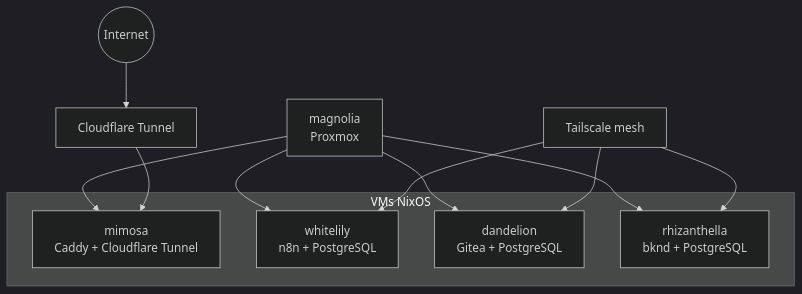
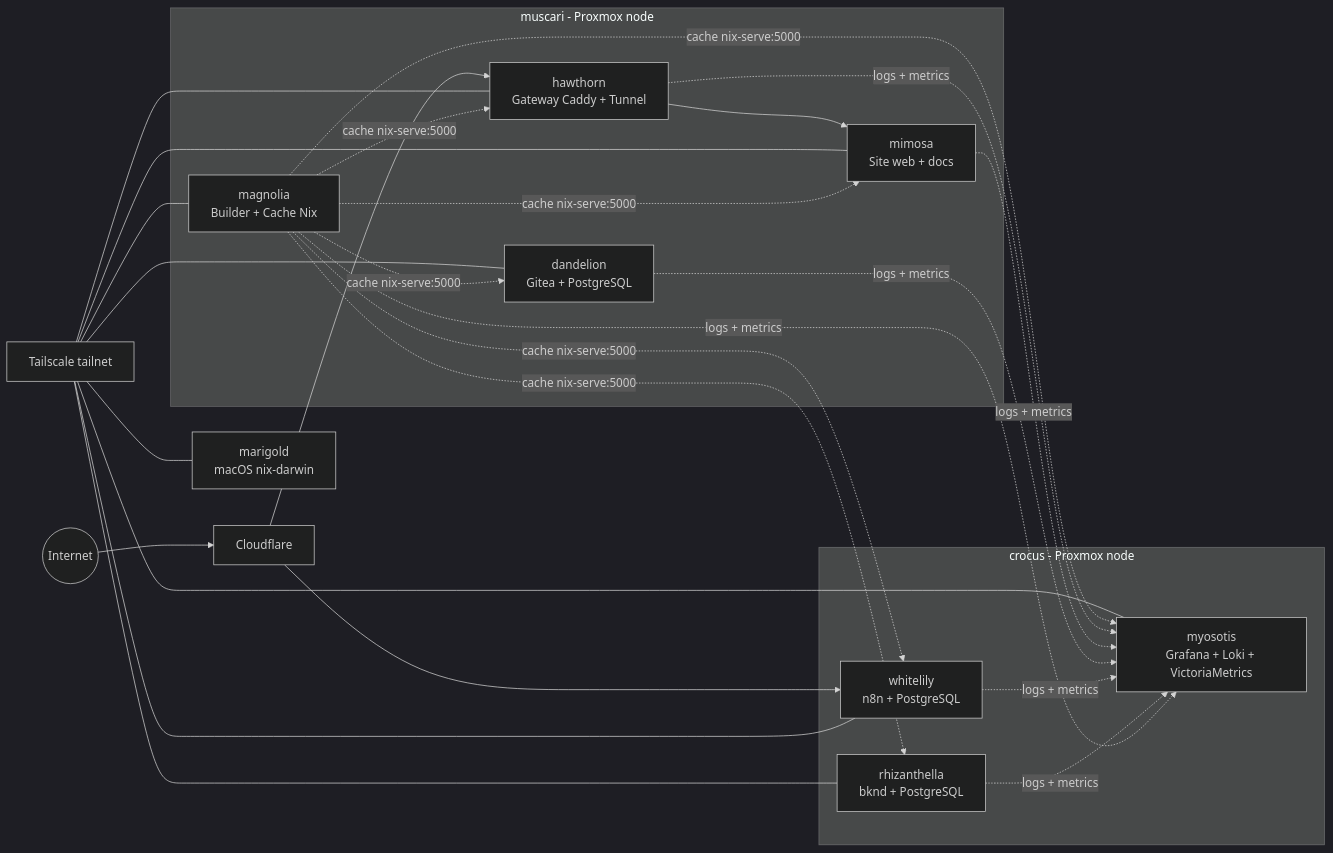
The diagram in README.md (JeremieAlcaraz/nix-config), drawn with Mermaid (dark theme) before and after one commit. The commit also changed other lines of this file, not shown here.

Commit message:
docs(readme): update infrastructure hosts and mermaid architecture

````diff
--- a/README.md
+++ b/README.md
@@ -21,25 +26,49 @@
 ```mermaid
-flowchart TD
+flowchart LR
     Internet((Internet))
-    Proxmox["magnolia<br/>Proxmox"]
+    Cloudflare["Cloudflare"]
+    Tailnet["Tailscale tailnet"]
 
-    subgraph VMs["VMs NixOS"]
-        Mimosa["mimosa<br/>Caddy + Cloudflare Tunnel"]
-        WhiteLily["whitelily<br/>n8n + PostgreSQL"]
+    subgraph MUSCARI["muscari - Proxmox node"]
+        Magnolia["magnolia<br/>Builder + Cache Nix"]
+        Hawthorn["hawthorn<br/>Gateway Caddy + Tunnel"]
+        Mimosa["mimosa<br/>Site web + docs"]
         Dandelion["dandelion<br/>Gitea + PostgreSQL"]
-        Rhizanthella["rhizanthella<br/>bknd + PostgreSQL"]
     end
 
-    Tailscale["Tailscale mesh"]
-    Cloudflare["Cloudflare Tunnel"]
+    subgraph CROCUS["crocus - Proxmox node"]
+        WhiteLily["whitelily<br/>n8n + PostgreSQL"]
+        Rhizanthella["rhizanthella<br/>bknd + PostgreSQL"]
+        Myosotis["myosotis<br/>Grafana + Loki + VictoriaMetrics"]
+    end
 
-    Proxmox --> Mimosa
-    Proxmox --> WhiteLily
-    Proxmox --> Dandelion
-    Proxmox --> Rhizanthella
+    Marigold["marigold<br/>macOS nix-darwin"]
 
-    Internet --> Cloudflare --> Mimosa
-    Tailscale --> WhiteLily
-    Tailscale --> Dandelion
-    Tailscale --> Rhizanthella
+    Internet --> Cloudflare
+    Cloudflare --> Hawthorn
+    Hawthorn --> Mimosa
+    Cloudflare --> WhiteLily
+
+    Tailnet --- Magnolia
+    Tailnet --- Hawthorn
+    Tailnet --- Mimosa
+    Tailnet --- Dandelion
+    Tailnet --- WhiteLily
+    Tailnet --- Rhizanthella
+    Tailnet --- Myosotis
+    Tailnet --- Marigold
+
+    Magnolia -. "cache nix-serve:5000" .-> Hawthorn
+    Magnolia -. "cache nix-serve:5000" .-> Mimosa
+    Magnolia -. "cache nix-serve:5000" .-> Dandelion
+    Magnolia -. "cache nix-serve:5000" .-> WhiteLily
+    Magnolia -. "cache nix-serve:5000" .-> Rhizanthella
+    Magnolia -. "cache nix-serve:5000" .-> Myosotis
+
+    Hawthorn -. "logs + metrics" .-> Myosotis
+    Mimosa -. "logs + metrics" .-> Myosotis
+    Dandelion -. "logs + metrics" .-> Myosotis
+    WhiteLily -. "logs + metrics" .-> Myosotis
+    Rhizanthella -. "logs + metrics" .-> Myosotis
+    Magnolia -. "logs + metrics" .-> Myosotis
 ```
````
